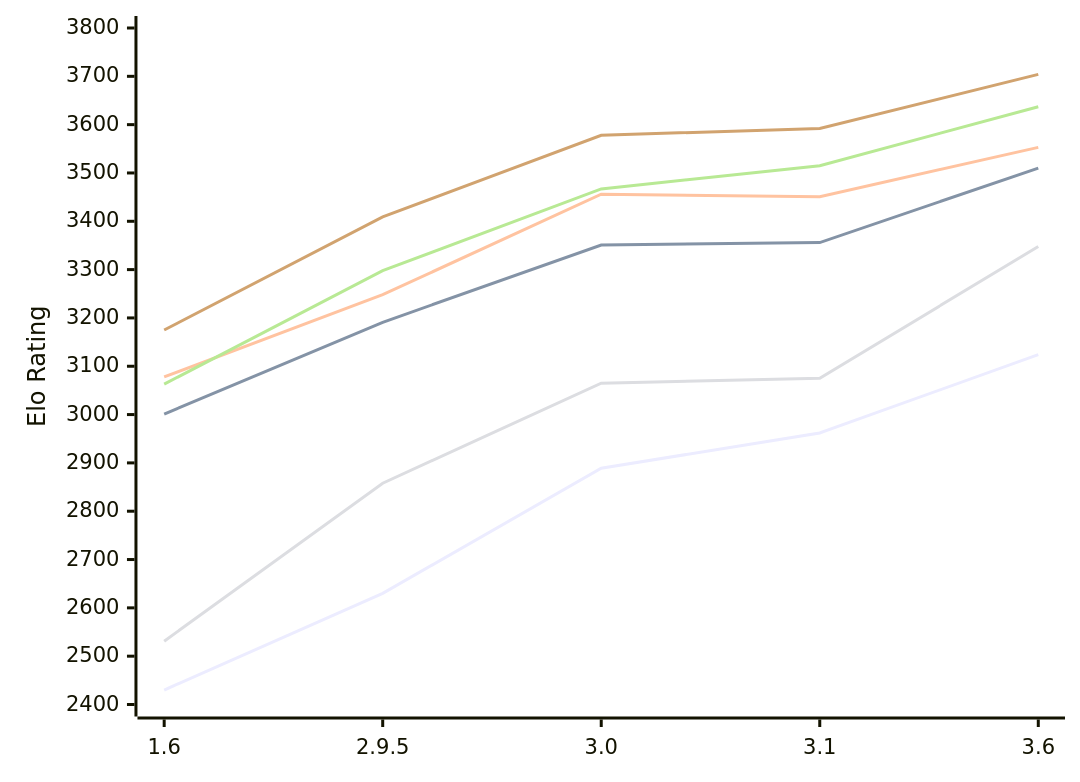
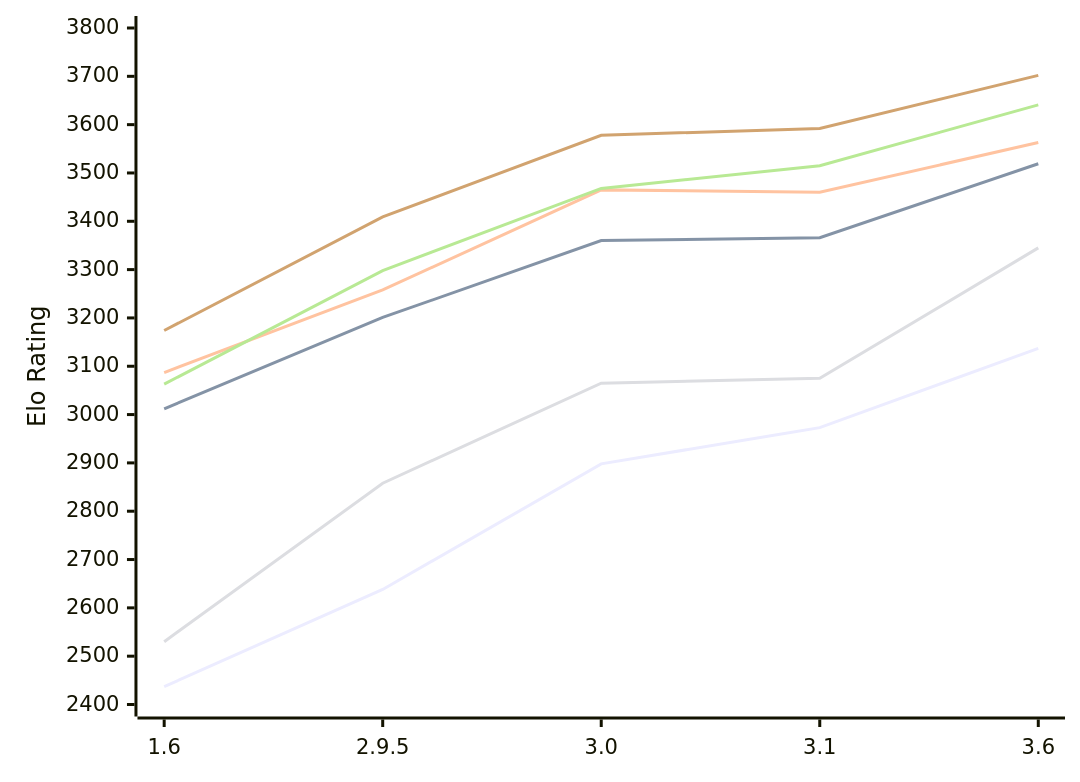
The diagram in engines/Chessenger.md (computer-chess-index/cci), drawn with Mermaid before and after one commit. The commit also changed other lines of this file, not shown here.

Commit message:
Update CCI Ratings (ELO VLTC) - 2026-11-07

````diff
--- a/engines/Chessenger.md
+++ b/engines/Chessenger.md
@@ -55,12 +55,12 @@
 ```mermaid
 %%{init: {"theme":"base","themeVariables":{"seriesColors:['#a3a3a3','#222221','#faa371']}}}%%
 xychart-beta
   x-axis ["1.6", "2.9.5", "3.0", "3.1", "3.6"]
   y-axis "Elo Rating" 2400 --> 3800
-  line "E1: STC (8.0+0.08s)" [2430, 2630, 2889, 2962, 3124]
-  line "E1: LTC (60.0+0.60s)" [3001, 3191, 3351, 3356, 3510]
-  line "E1: VLTC (2m24s+1.12s)" [3078, 3248, 3456, 3451, 3553]
-  line "P1: STC (8.0+0.08s)" [2531, 2858, 3065, 3075, 3348]
-  line "P1: LTC (60.0+0.60s)" [3063, 3298, 3467, 3515, 3637]
-  line "P1: VLTC (2m24s+1.12s)" [3175, 3409, 3578, 3592, 3704]
+  line "E1: STC (8.0+0.08s)" [2437, 2638, 2898, 2973, 3137]
+  line "E1: LTC (60.0+0.60s)" [3012, 3201, 3360, 3366, 3519]
+  line "E1: VLTC (2m24s+1.12s)" [3087, 3258, 3465, 3460, 3563]
+  line "P1: STC (8.0+0.08s)" [2530, 2858, 3065, 3075, 3345]
+  line "P1: LTC (60.0+0.60s)" [3063, 3298, 3468, 3515, 3641]
+  line "P1: VLTC (2m24s+1.12s)" [3174, 3409, 3578, 3592, 3702]
 ```
````
